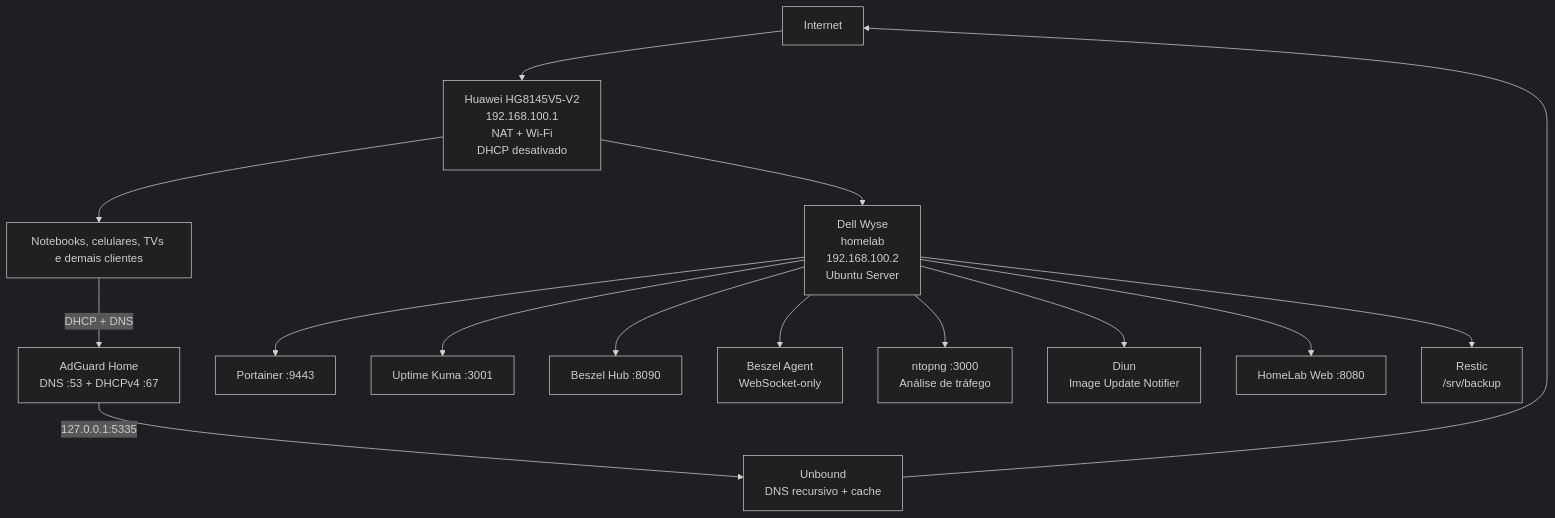
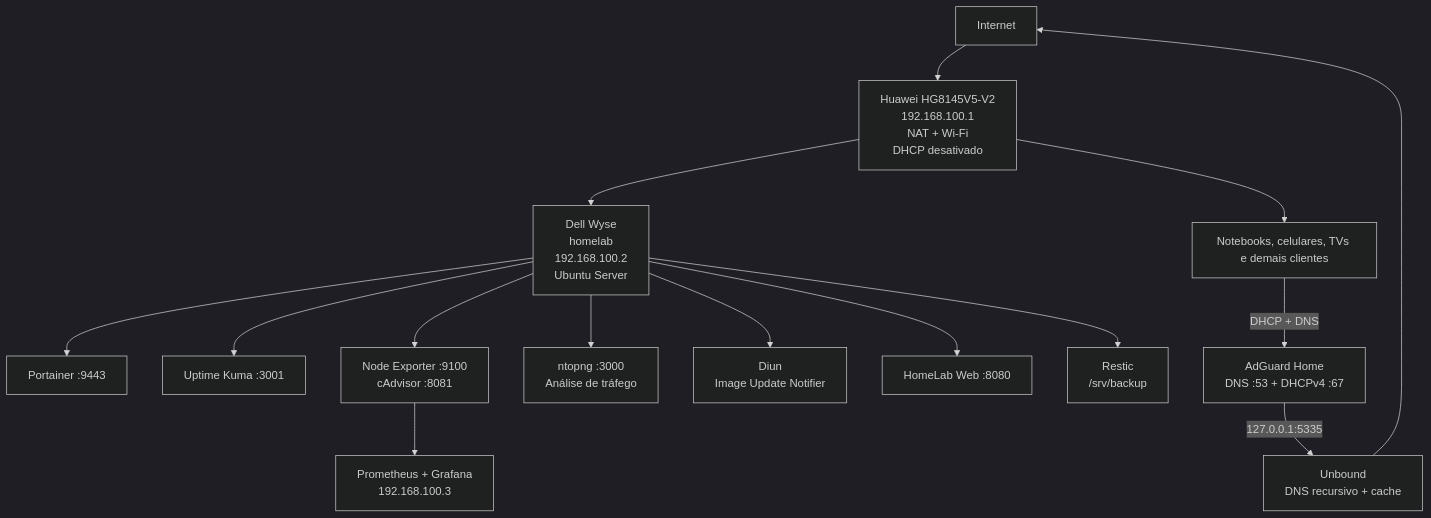
The diagram in docs/00-Arquitetura.md (leonardodebs/homelab-infrastructure-server), drawn with Mermaid (dark theme) before and after one commit. The commit also changed other lines of this file and 20 other files, not shown here.

````diff
--- a/docs/00-Arquitetura.md
+++ b/docs/00-Arquitetura.md
@@ -37,17 +37,17 @@
 ```mermaid
 flowchart TD
     Internet --> Huawei[Huawei HG8145V5-V2\n192.168.100.1\nNAT + Wi-Fi\nDHCP desativado]
     Huawei --> Wyse[Dell Wyse\nhomelab\n192.168.100.2\nUbuntu Server]
     Huawei --> Clientes[Notebooks, celulares, TVs e demais clientes]
     Clientes -->|DHCP + DNS| AdGuard[AdGuard Home\nDNS :53 + DHCPv4 :67]
     AdGuard -->|127.0.0.1:5335| Unbound[Unbound\nDNS recursivo + cache]
     Unbound --> Internet
     Wyse --> Portainer[Portainer :9443]
     Wyse --> Kuma[Uptime Kuma :3001]
-    Wyse --> Beszel[Beszel Hub :8090]
-    Wyse --> Agent[Beszel Agent\nWebSocket-only]
+    Wyse --> Exporters[Node Exporter :9100\ncAdvisor :8081]
+    Exporters --> Grafana[Prometheus + Grafana\n192.168.100.3]
     Wyse --> Ntop[ntopng :3000\nAnálise de tráfego]
     Wyse --> Diun[Diun\nImage Update Notifier]
     Wyse --> Portal[HomeLab Web :8080]
     Wyse --> Backup[Restic\n/srv/backup]
 ```
````
